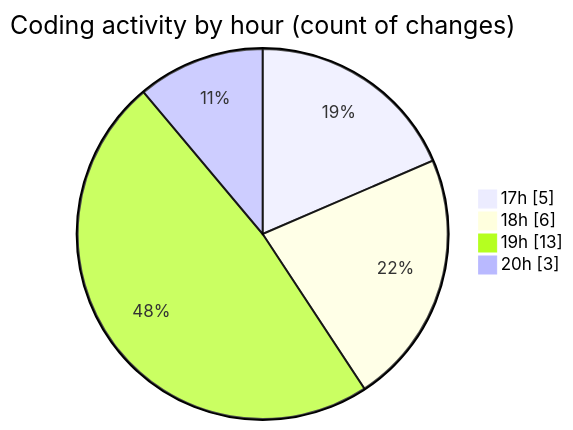
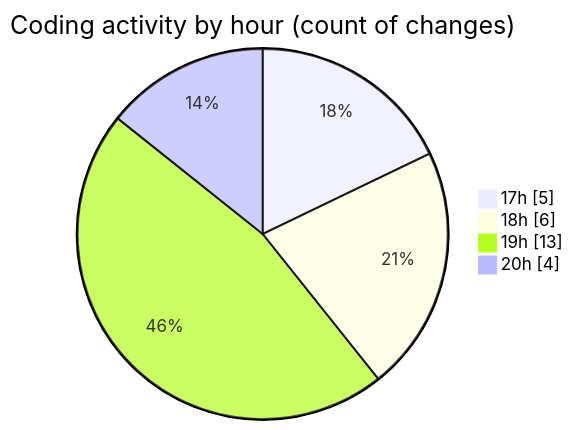
Before and after one commit to tmsrecording-cyber/code-tracking: the second of 2 diagrams in 2026-02-01/singularitybrainai/README.md, drawn with Mermaid. The commit also changed other lines of this file and 1 other file, not shown here.

````diff
--- a/2026-02-01/singularitybrainai/README.md
+++ b/2026-02-01/singularitybrainai/README.md
@@ -34,8 +34,8 @@
 ```mermaid
 pie showData
 title Coding activity by hour (count of changes)
 "17h" : 5
 "18h" : 6
 "19h" : 13
-"20h" : 3
+"20h" : 4
 ```
````
